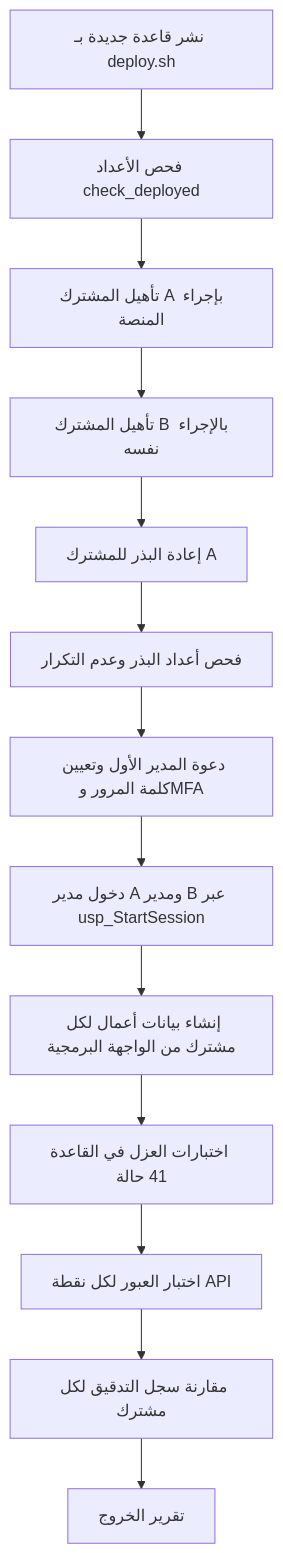
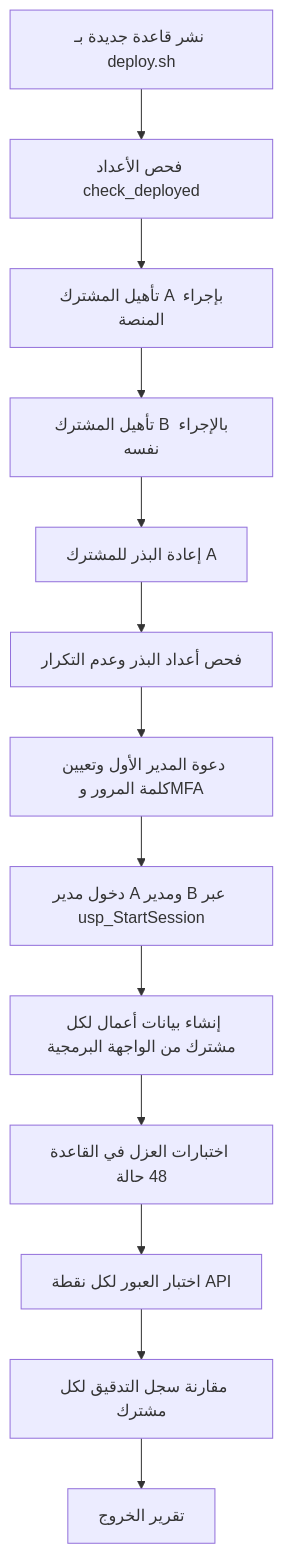
Before and after one commit to thawrasy/smartlines: the diagram in treasury-platform/docs/30-readiness/DOC-B01-test-strategy-and-plan.md, drawn with Mermaid. The commit also changed other lines of this file and 20 other files, not shown here.

````diff
--- a/treasury-platform/docs/30-readiness/DOC-B01-test-strategy-and-plan.md
+++ b/treasury-platform/docs/30-readiness/DOC-B01-test-strategy-and-plan.md
@@ -154,15 +163,15 @@
 ```mermaid
 flowchart TB
   A["نشر قاعدة جديدة بـ deploy.sh"] --> B["فحص الأعداد check_deployed"]
   B --> C["تأهيل المشترك A بإجراء المنصة"]
   C --> D["تأهيل المشترك B بالإجراء نفسه"]
   D --> E["إعادة البذر للمشترك A"]
   E --> F["فحص أعداد البذر وعدم التكرار"]
   F --> G["دعوة المدير الأول وتعيين كلمة المرور وMFA"]
   G --> H["دخول مدير A ومدير B عبر usp_StartSession"]
   H --> I["إنشاء بيانات أعمال لكل مشترك من الواجهة البرمجية"]
-  I --> J["اختبارات العزل في القاعدة 41 حالة"]
+  I --> J["اختبارات العزل في القاعدة 48 حالة"]
   J --> K["اختبار العبور لكل نقطة API"]
   K --> L["مقارنة سجل التدقيق لكل مشترك"]
   L --> M["تقرير الخروج"]
 ```
````
